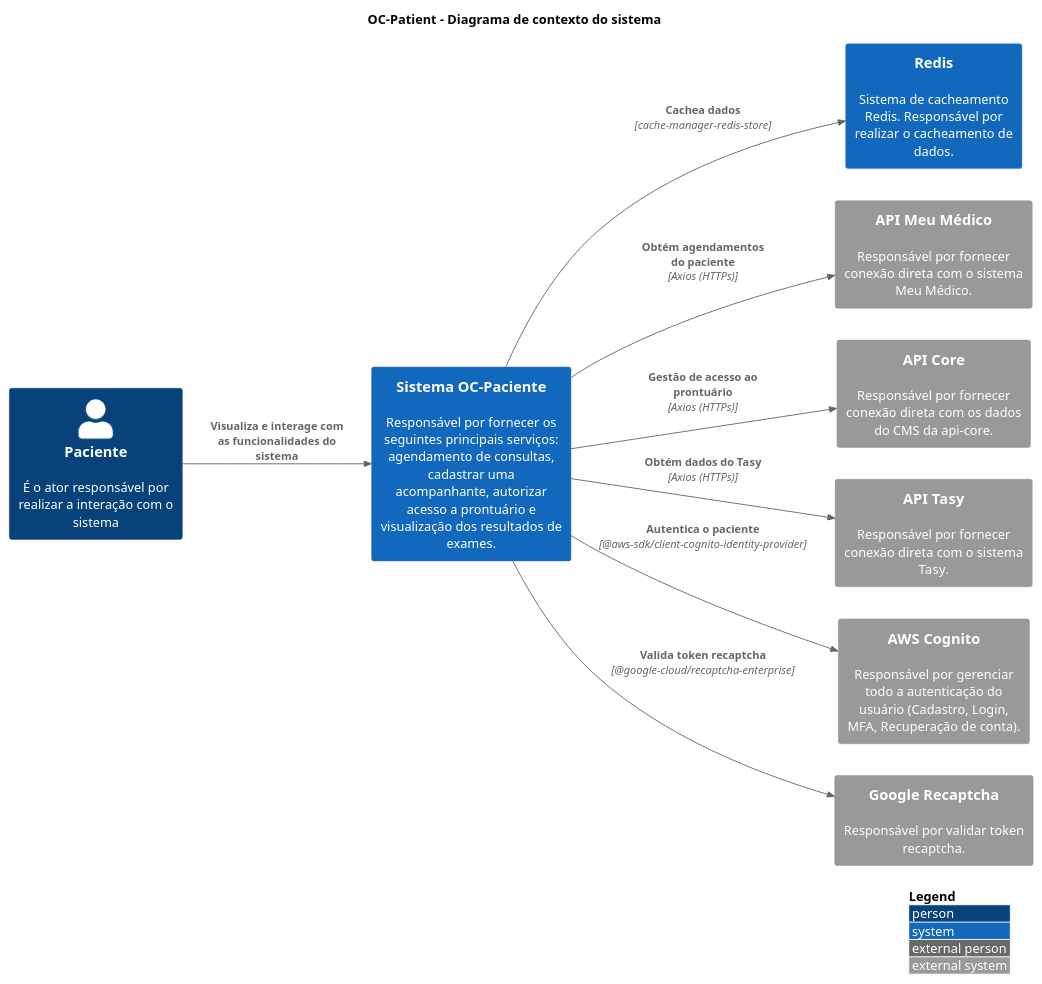
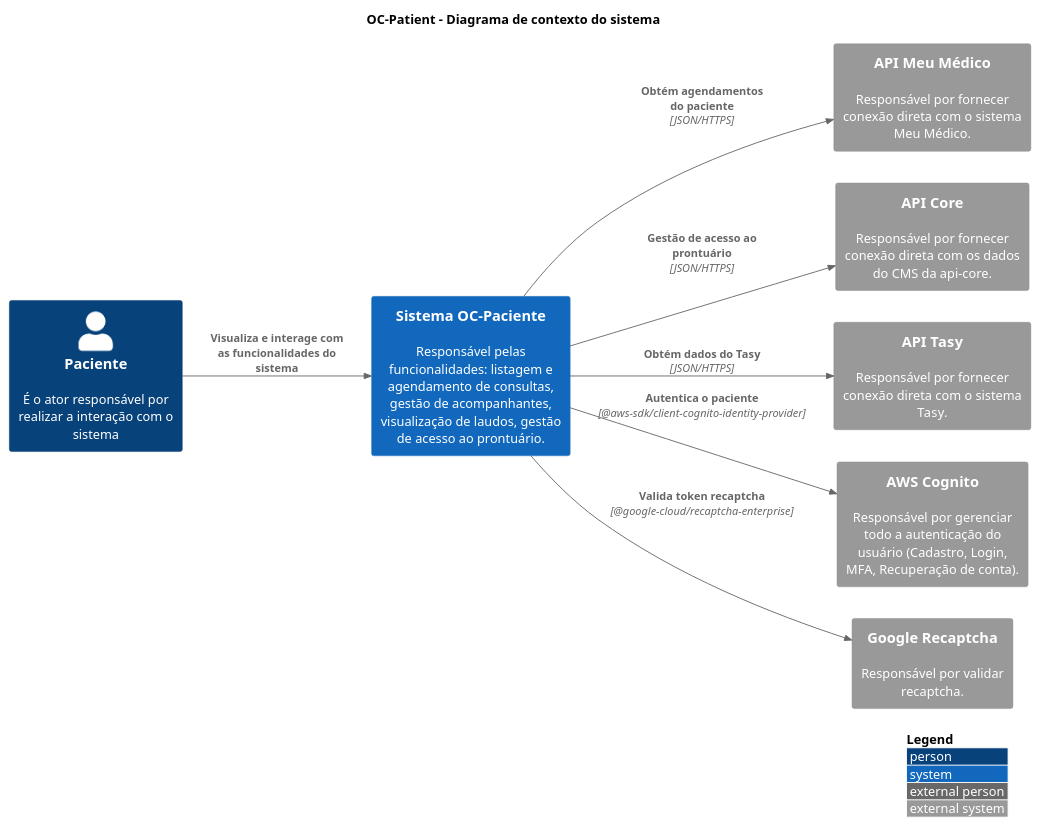
One commit to luizggbasedigital/poc-oc-docs changed the diagram in src/C1. Visão Geral/context.puml. Above: the diagram before and after it, drawn with PlantUML. The commit also changed 1 other file, not shown here.

Commit message:
docs: create container diagram

```diff
--- a/src/C1. Visão Geral/context.puml
+++ b/src/C1. Visão Geral/context.puml
@@ -1,37 +1,33 @@
 @startuml "Context Diagram"
 
 title "OC-Patient - Diagrama de contexto do sistema"
 
 !include https://raw.githubusercontent.com/adrianvlupu/C4-PlantUML/latest/C4_Context.puml
 
 LAYOUT_WITH_LEGEND()
 LAYOUT_LEFT_RIGHT()
 
 skinparam backgroundcolor transparent
 
+/'Actors'/
 Person(ActorPatient, "Paciente", "É o ator responsável por realizar a interação com o sistema ")
 
-System(SystemOCPatient, "Sistema OC-Paciente", "Responsável por fornecer os seguintes principais serviços: agendamento de consultas, cadastrar uma acompanhante, autorizar acesso a prontuário e visualização dos resultados de exames.")
+/'Internal Systems'/
+System(SystemOCPatient, "Sistema OC-Paciente", "Responsável pelas funcionalidades: listagem e agendamento de consultas, gestão de acompanhantes, visualização de laudos, gestão de acesso ao prontuário.")
 
-System(SystemRedis, "Redis", "Sistema de cacheamento Redis. Responsável por realizar o cacheamento de dados.")
+/'External Systems'/
+System_Ext(SystemMyPhysicianApi, "API Meu Médico", "Responsável por fornecer conexão direta com o sistema Meu Médico.")
+System_Ext(SystemCMSApi, "API Core", "Responsável por fornecer conexão direta com os dados do CMS da api-core.")
+System_Ext(SystemTasyApi, "API Tasy", "Responsável por fornecer conexão direta com o sistema Tasy.")
+System_Ext(SystemAWSCognito, "AWS Cognito", "Responsável por gerenciar todo a autenticação do usuário (Cadastro, Login, MFA, Recuperação de conta).")
+System_Ext(SystemGoogleRecaptcha, "Google Recaptcha", "Responsável por validar recaptcha.")
 
-System_Ext(SystemMyPhysicianApi, "API Meu Médico", "Responsável por fornecer conexão direta com o sistema Meu Médico.")
-
-System_Ext(SystemCMSApi, "API Core", "Responsável por fornecer conexão direta com os dados do CMS da api-core.")
-
-System_Ext(SystemTasyApi, "API Tasy", "Responsável por fornecer conexão direta com o sistema Tasy.")
-
-System_Ext(SystemAWSCognito, "AWS Cognito", "Responsável por gerenciar todo a autenticação do usuário (Cadastro, Login, MFA, Recuperação de conta).")
-
-System_Ext(SystemGoogleRecaptcha, "Google Recaptcha", "Responsável por validar token recaptcha.")
-
-
+/'Relations'/
 Rel(ActorPatient, SystemOCPatient, "Visualiza e interage com as funcionalidades do sistema")
-Rel(SystemOCPatient, SystemRedis, "Cachea dados", "cache-manager-redis-store")
 Rel(SystemOCPatient, SystemGoogleRecaptcha, "Valida token recaptcha", "@google-cloud/recaptcha-enterprise")
 Rel(SystemOCPatient, SystemAWSCognito, "Autentica o paciente", "@aws-sdk/client-cognito-identity-provider")
-Rel(SystemOCPatient, SystemMyPhysicianApi, "Obtém agendamentos do paciente", "Axios (HTTPs)")
-Rel(SystemOCPatient, SystemTasyApi, "Obtém dados do Tasy", "Axios (HTTPs)")
-Rel(SystemOCPatient, SystemCMSApi, "Gestão de acesso ao prontuário", "Axios (HTTPs)")
+Rel(SystemOCPatient, SystemMyPhysicianApi, "Obtém agendamentos do paciente", "JSON/HTTPS")
+Rel(SystemOCPatient, SystemTasyApi, "Obtém dados do Tasy", "JSON/HTTPS")
+Rel(SystemOCPatient, SystemCMSApi, "Gestão de acesso ao prontuário", "JSON/HTTPS")
 
 @enduml
```
